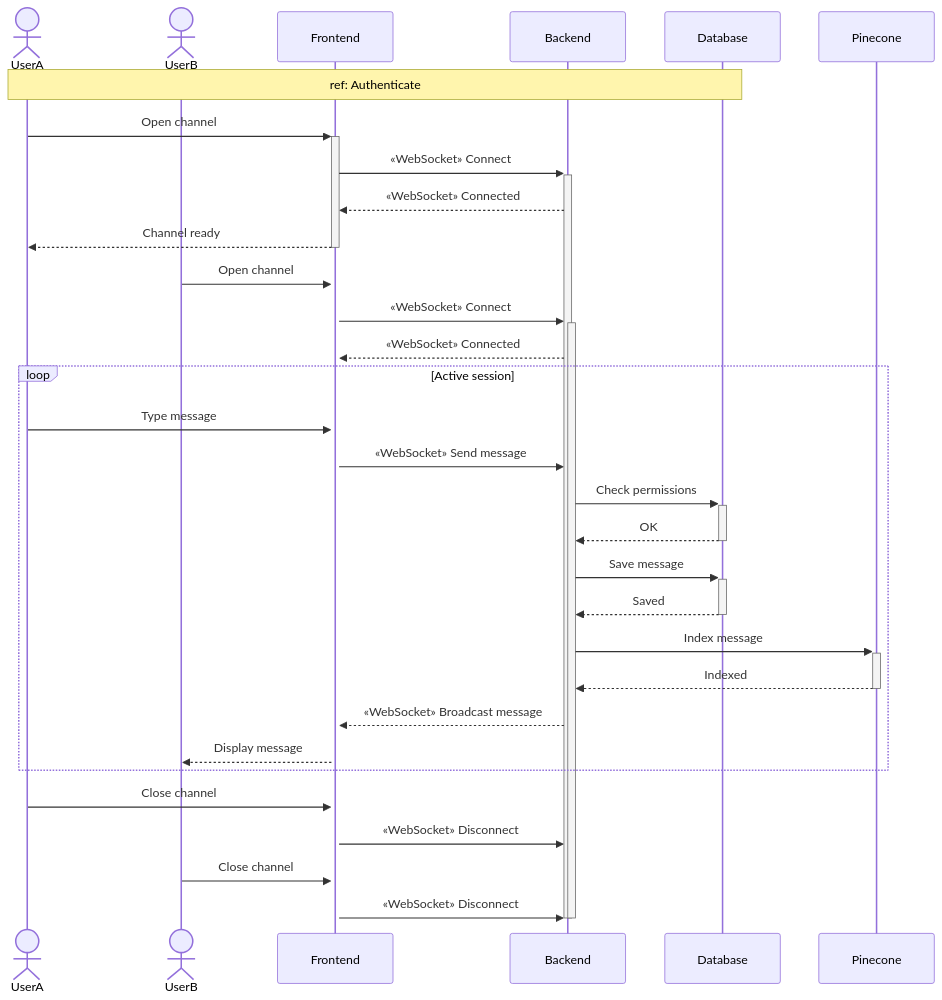
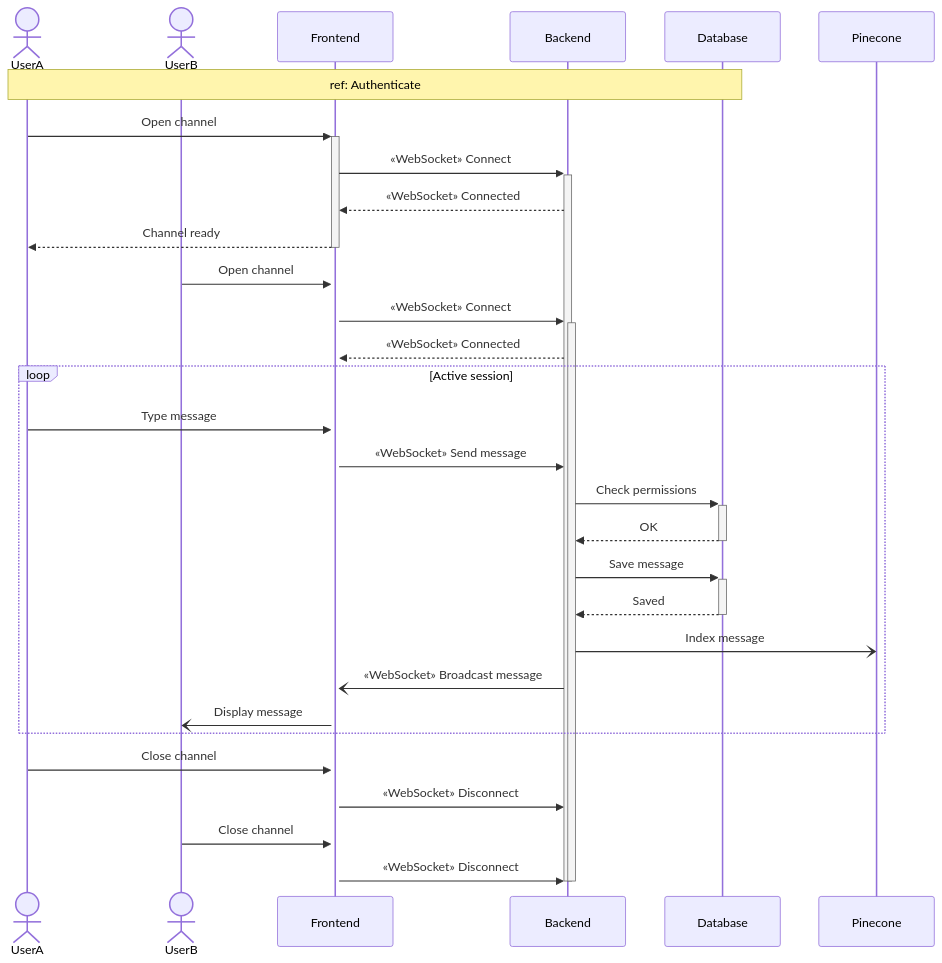
One commit to MohamedChebbi123/teamnest changed the ninth of 16 diagrams in docs/SEQUENCE_DIAGRAMS.md. Above: the diagram before and after it, drawn with Mermaid. The commit also changed other lines of this file, not shown here.

````diff
--- a/docs/SEQUENCE_DIAGRAMS.md
+++ b/docs/SEQUENCE_DIAGRAMS.md
@@ -346,40 +349,39 @@
 ```mermaid
 sequenceDiagram
     actor UserA
     actor UserB
     participant FE as Frontend
     participant API as Backend
     participant DB as Database
     participant Vec as Pinecone
 
     Note over UserA,DB: ref: Authenticate
 
     UserA->>+FE: Open channel
     FE->>+API: «WebSocket» Connect
     API-->>FE: «WebSocket» Connected
     FE-->>-UserA: Channel ready
 
     UserB->>+FE: Open channel
     FE->>+API: «WebSocket» Connect
     API-->>FE: «WebSocket» Connected
 
     loop Active session
         UserA->>FE: Type message
         FE->>API: «WebSocket» Send message
         API->>+DB: Check permissions
         DB-->>-API: OK
         API->>+DB: Save message
         DB-->>-API: Saved
-        API->>+Vec: Index message
-        Vec-->>-API: Indexed
-        API-->>FE: «WebSocket» Broadcast message
-        FE-->>UserB: Display message
+        API-)Vec: Index message
+        API-)FE: «WebSocket» Broadcast message
+        FE-)UserB: Display message
     end
 
     UserA->>FE: Close channel
     FE->>API: «WebSocket» Disconnect
     UserB->>FE: Close channel
     FE->>API: «WebSocket» Disconnect
     deactivate API
     deactivate API
 ```
````
